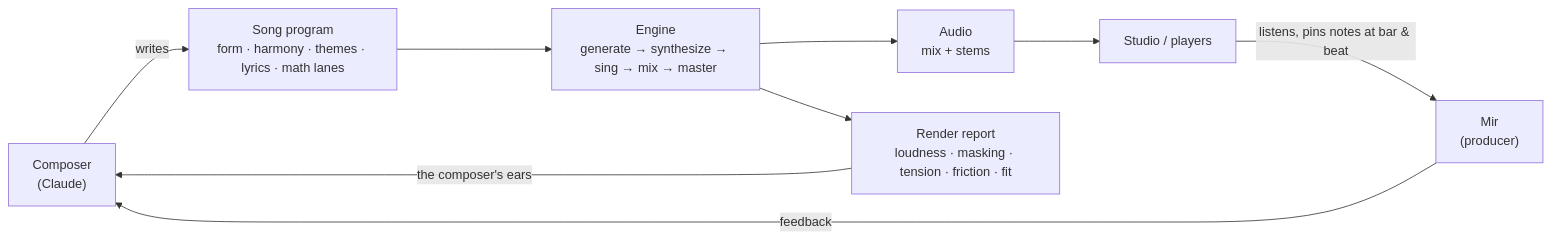
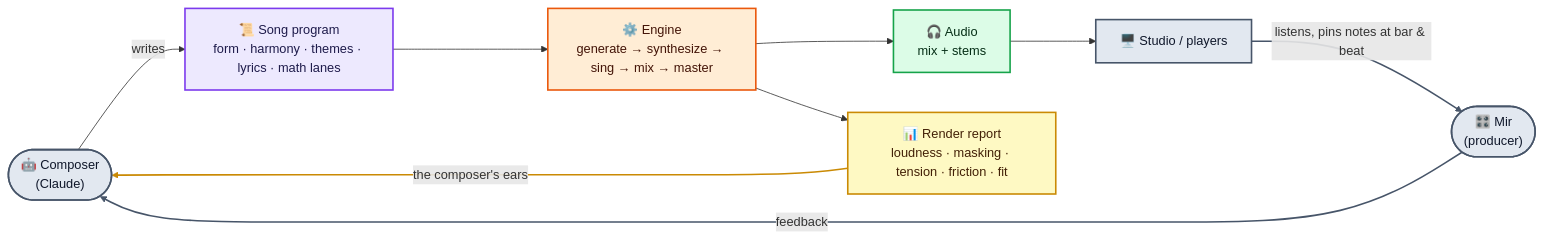
One commit to MirTheDragon/Electric-Bat-Studio changed the first of 10 diagrams in README.md. Above: the diagram before and after it, drawn with Mermaid. The commit also changed other lines of this file, not shown here.

First line of the commit message:
README: colour-coded diagrams, layer key, badges, family and status charts

````diff
--- a/README.md
+++ b/README.md
@@ -56,11 +74,24 @@
 ```mermaid
 flowchart LR
-    C["Composer<br/>(Claude)"] -->|writes| S["Song program<br/>form · harmony · themes · lyrics · math lanes"]
-    S --> E["Engine<br/>generate → synthesize → sing → mix → master"]
-    E --> A["Audio<br/>mix + stems"]
-    E --> R["Render report<br/>loudness · masking · tension · friction · fit"]
-    A --> P["Studio / players"]
-    P -->|"listens, pins notes at bar & beat"| H["Mir<br/>(producer)"]
+    C(["🤖 Composer<br/>(Claude)"]) -->|writes| S["📜 Song program<br/>form · harmony · themes · lyrics · math lanes"]
+    S --> E["⚙️ Engine<br/>generate → synthesize → sing → mix → master"]
+    E --> A["🎧 Audio<br/>mix + stems"]
+    E --> R["📊 Render report<br/>loudness · masking · tension · friction · fit"]
+    A --> P["🖥️ Studio / players"]
+    P -->|"listens, pins notes at bar & beat"| H(["🎛️ Mir<br/>(producer)"])
     H -->|feedback| C
     R -->|"the composer's ears"| C
+
+    classDef people fill:#e2e8f0,stroke:#475569,stroke-width:2px,color:#0f172a
+    classDef intent fill:#ede9fe,stroke:#7c3aed,stroke-width:2px,color:#1e1b4b
+    classDef sound fill:#ffedd5,stroke:#ea580c,stroke-width:2px,color:#431407
+    classDef mix fill:#dcfce7,stroke:#16a34a,stroke-width:2px,color:#052e16
+    classDef ears fill:#fef9c3,stroke:#ca8a04,stroke-width:2px,color:#422006
+    class C,H,P people
+    class S intent
+    class E sound
+    class A mix
+    class R ears
+    linkStyle 7 stroke:#ca8a04,stroke-width:2px
+    linkStyle 5,6 stroke:#475569,stroke-width:2px
 ```
````
